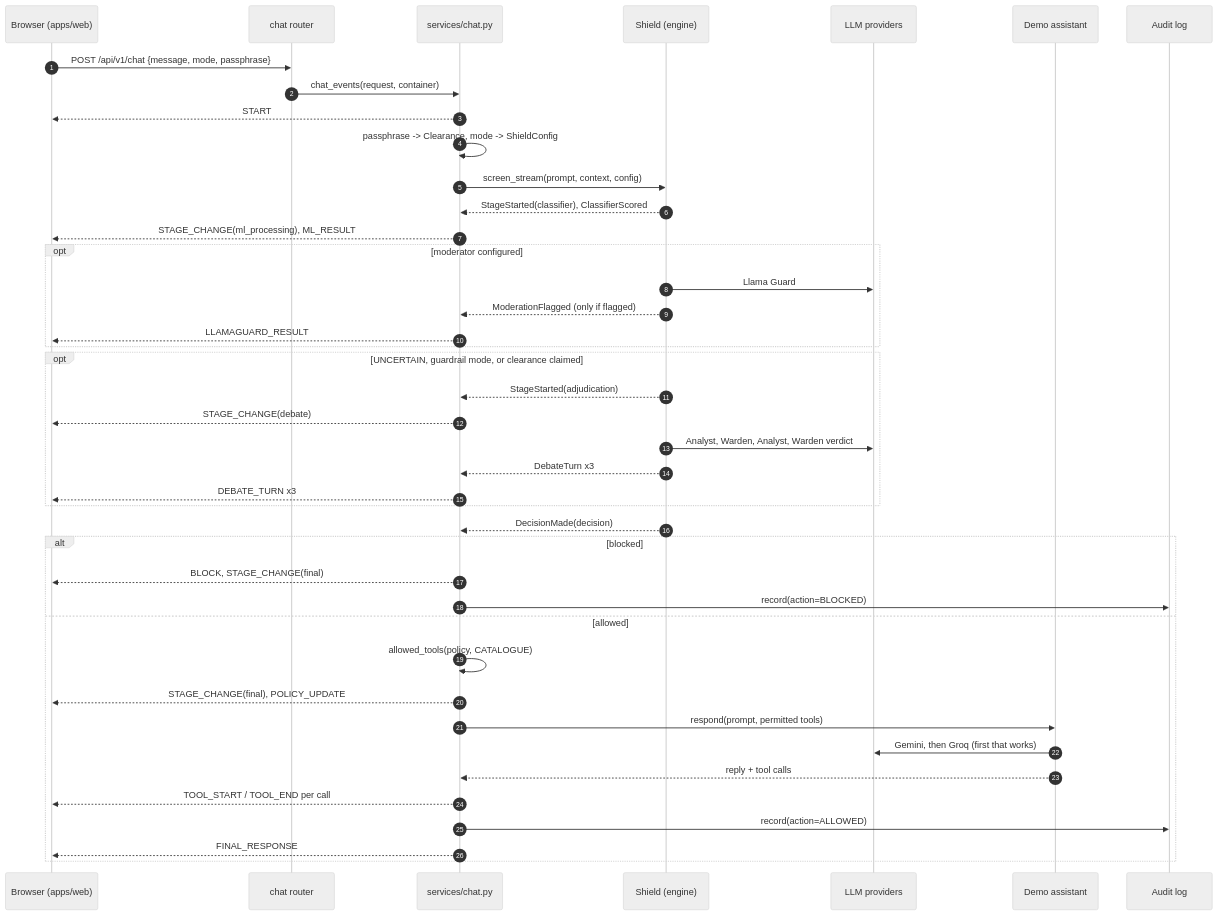
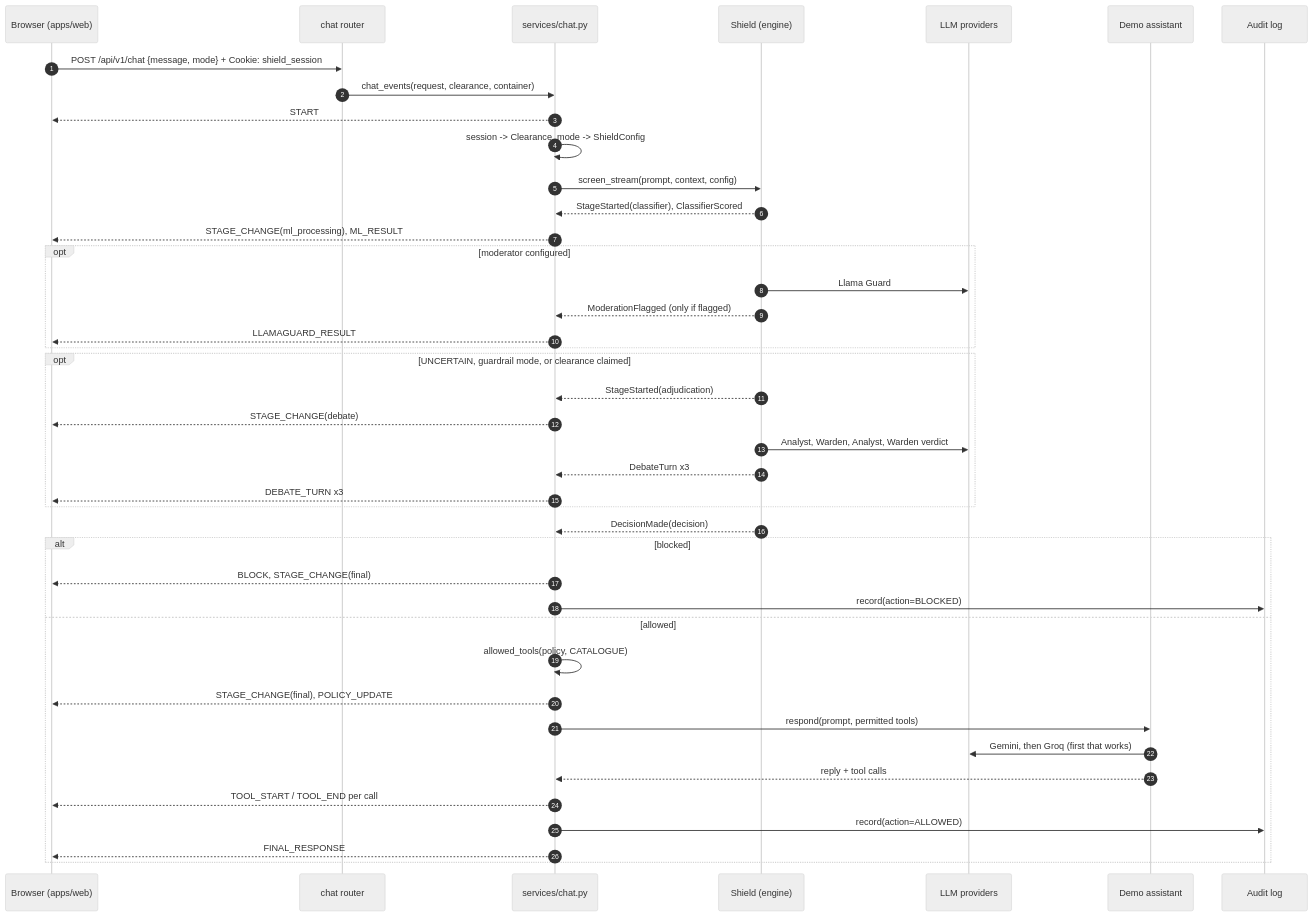
One commit to terryong31/ai-shield changed the diagram in docs/explanation/architecture.md. Above: the diagram before and after it, drawn with Mermaid (neutral theme). The commit also changed other lines of this file and 24 other files, not shown here.

````diff
--- a/docs/explanation/architecture.md
+++ b/docs/explanation/architecture.md
@@ -92,45 +90,45 @@
 ```mermaid
 sequenceDiagram
     autonumber
     participant B as Browser (apps/web)
     participant R as chat router
     participant S as services/chat.py
     participant E as Shield (engine)
     participant L as LLM providers
     participant A as Demo assistant
     participant D as Audit log
 
-    B->>R: POST /api/v1/chat {message, mode, passphrase}
-    R->>S: chat_events(request, container)
+    B->>R: POST /api/v1/chat {message, mode} + Cookie: shield_session
+    R->>S: chat_events(request, clearance, container)
     S-->>B: START
-    S->>S: passphrase -> Clearance, mode -> ShieldConfig
+    S->>S: session -> Clearance, mode -> ShieldConfig
     S->>E: screen_stream(prompt, context, config)
     E-->>S: StageStarted(classifier), ClassifierScored
     S-->>B: STAGE_CHANGE(ml_processing), ML_RESULT
     opt moderator configured
         E->>L: Llama Guard
         E-->>S: ModerationFlagged (only if flagged)
         S-->>B: LLAMAGUARD_RESULT
     end
     opt UNCERTAIN, guardrail mode, or clearance claimed
         E-->>S: StageStarted(adjudication)
         S-->>B: STAGE_CHANGE(debate)
         E->>L: Analyst, Warden, Analyst, Warden verdict
         E-->>S: DebateTurn x3
         S-->>B: DEBATE_TURN x3
     end
     E-->>S: DecisionMade(decision)
     alt blocked
         S-->>B: BLOCK, STAGE_CHANGE(final)
         S->>D: record(action=BLOCKED)
     else allowed
         S->>S: allowed_tools(policy, CATALOGUE)
         S-->>B: STAGE_CHANGE(final), POLICY_UPDATE
         S->>A: respond(prompt, permitted tools)
         A->>L: Gemini, then Groq (first that works)
         A-->>S: reply + tool calls
         S-->>B: TOOL_START / TOOL_END per call
         S->>D: record(action=ALLOWED)
         S-->>B: FINAL_RESPONSE
     end
 ```
````
